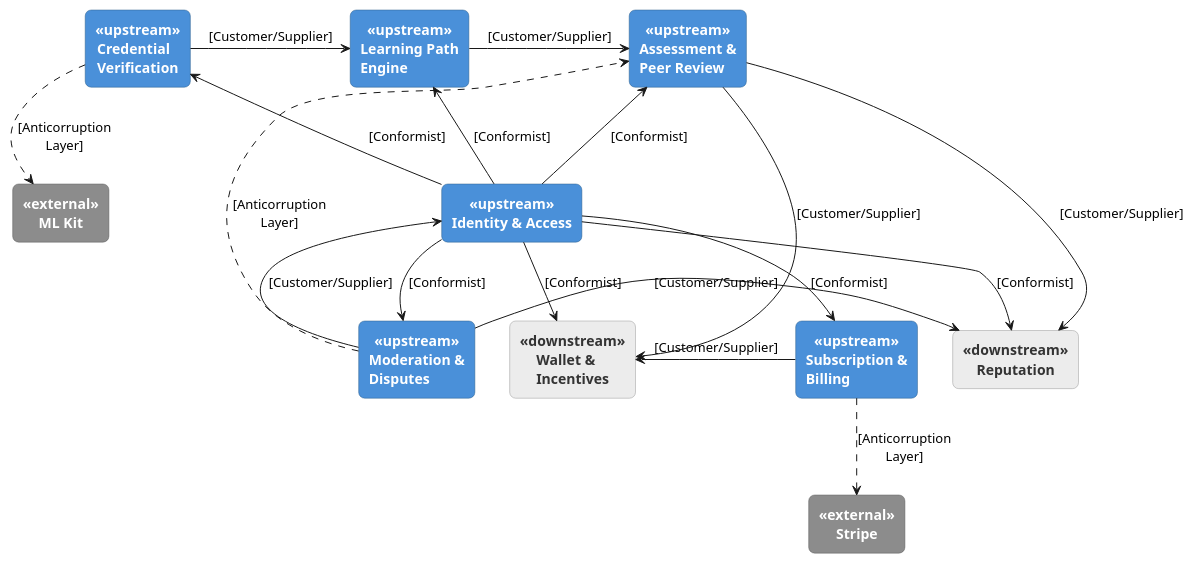
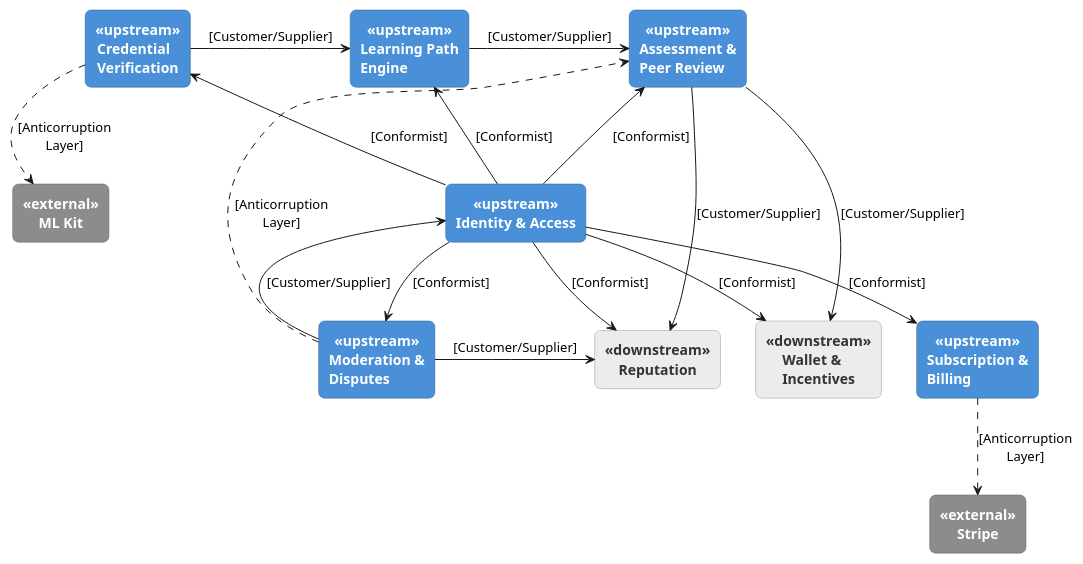
The diagram in DB&C4/SkillSwapContextMapping.puml (Aplicaciones-Dispositivos-Moviles/SkillSwap-ProjectReport), drawn with PlantUML before and after one commit. The commit also changed 10 other files, not shown here.

Commit message:
docs: update architecture, DDD, and initial chapters for AI verification pivot

```diff
--- a/DB&C4/SkillSwapContextMapping.puml
+++ b/DB&C4/SkillSwapContextMapping.puml
@@ -1,84 +1,83 @@
 @startuml SkillSwapContextMapping
 
 skinparam backgroundColor transparent
 skinparam rectangle {
     RoundCorner 12
     BorderColor #333333
     FontStyle bold
 }
 
 skinparam rectangle<<upstream>> {
     BackgroundColor #4A90D9
     FontColor white
     BorderColor #2C5F8A
 }
 
 skinparam rectangle<<downstream>> {
     BackgroundColor #ECECEC
     FontColor #333333
     BorderColor #999999
 }
 
 skinparam rectangle<<external>> {
     BackgroundColor #8C8C8C
     FontColor white
     BorderColor #5C5C5C
 }
 
 ' ===== Fila superior =====
 rectangle "Credential\nVerification" as CV <<upstream>>
 rectangle "Learning Path\nEngine" as LPE <<upstream>>
 rectangle "Assessment &\nPeer Review" as APR <<upstream>>
 rectangle "ML Kit" as MLK <<external>>
 
 ' ===== Fila media =====
 rectangle "Identity & Access" as IAM <<upstream>>
 rectangle "Reputation" as REP <<downstream>>
 
 ' ===== Fila inferior =====
 rectangle "Moderation &\nDisputes" as MOD <<upstream>>
 rectangle "Wallet &\nIncentives" as WAL <<downstream>>
 rectangle "Subscription &\nBilling" as SUB <<upstream>>
 rectangle "Stripe" as STR <<external>>
 
 ' ===== Layout: forzar filas con enlaces invisibles =====
 CV -[hidden]right-> LPE
 LPE -[hidden]right-> APR
 APR -[hidden]right-> MLK
 IAM -[hidden]right-> REP
 MOD -[hidden]right-> WAL
 WAL -[hidden]right-> SUB
 SUB -[hidden]right-> STR
 CV -[hidden]down-> IAM
 IAM -[hidden]down-> MOD
 
 ' ===== Relaciones reales =====
 
 ' Fila superior
 CV -right-> LPE : [Customer/Supplier]
 LPE -right-> APR : [Customer/Supplier]
 CV ..> MLK : [Anticorruption\nLayer]
 
 ' Identity & Access como Upstream/Conformist hacia todos
 IAM -up-> CV : [Conformist]
 IAM -up-> LPE : [Conformist]
 IAM -up-> APR : [Conformist]
 IAM -right-> REP : [Conformist]
 IAM -down-> WAL : [Conformist]
 IAM -left-> MOD : [Conformist]
 IAM -down-> SUB : [Conformist]
 
 ' Assessment & Peer Review hacia Reputation y Wallet
 APR -down-> REP : [Customer/Supplier]
 APR -down-> WAL : [Customer/Supplier]
 
 ' Moderation & Disputes
 MOD -up-> IAM : [Customer/Supplier]
 MOD -right-> REP : [Customer/Supplier]
 MOD ..> APR : [Anticorruption\nLayer]
 
-' Subscription & Billing
-SUB -left-> WAL : [Customer/Supplier]
+' Subscription & Billing (independiente de Wallet & Incentives)
 SUB ..> STR : [Anticorruption\nLayer]
 
 @enduml
```
